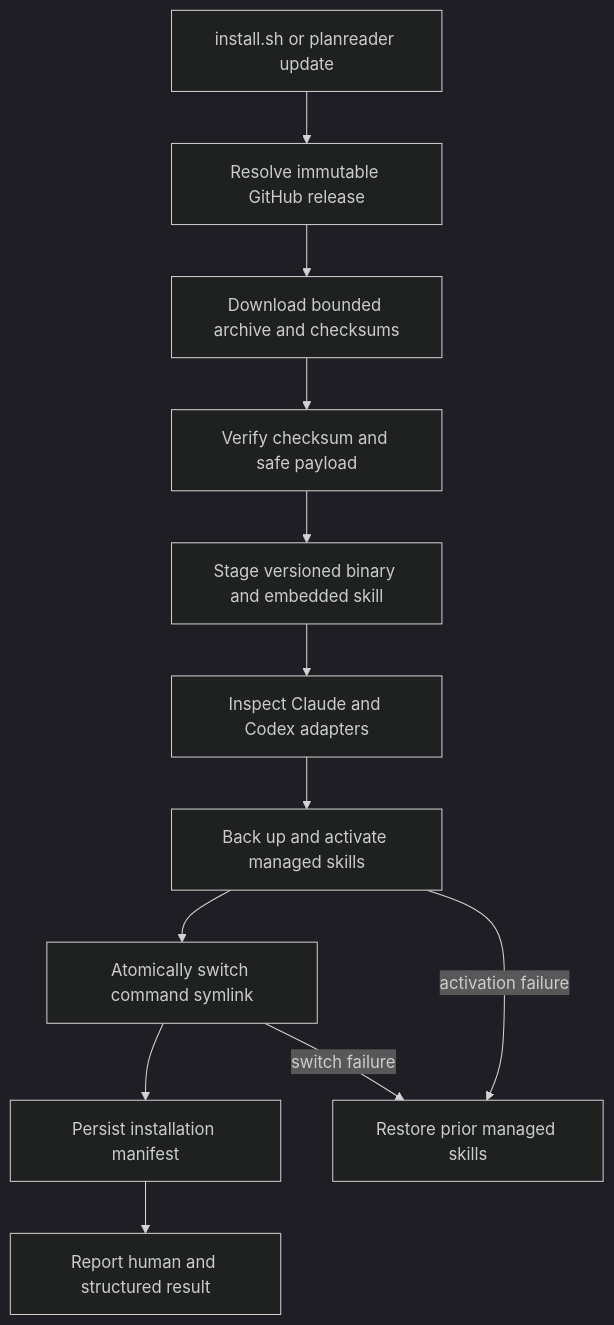
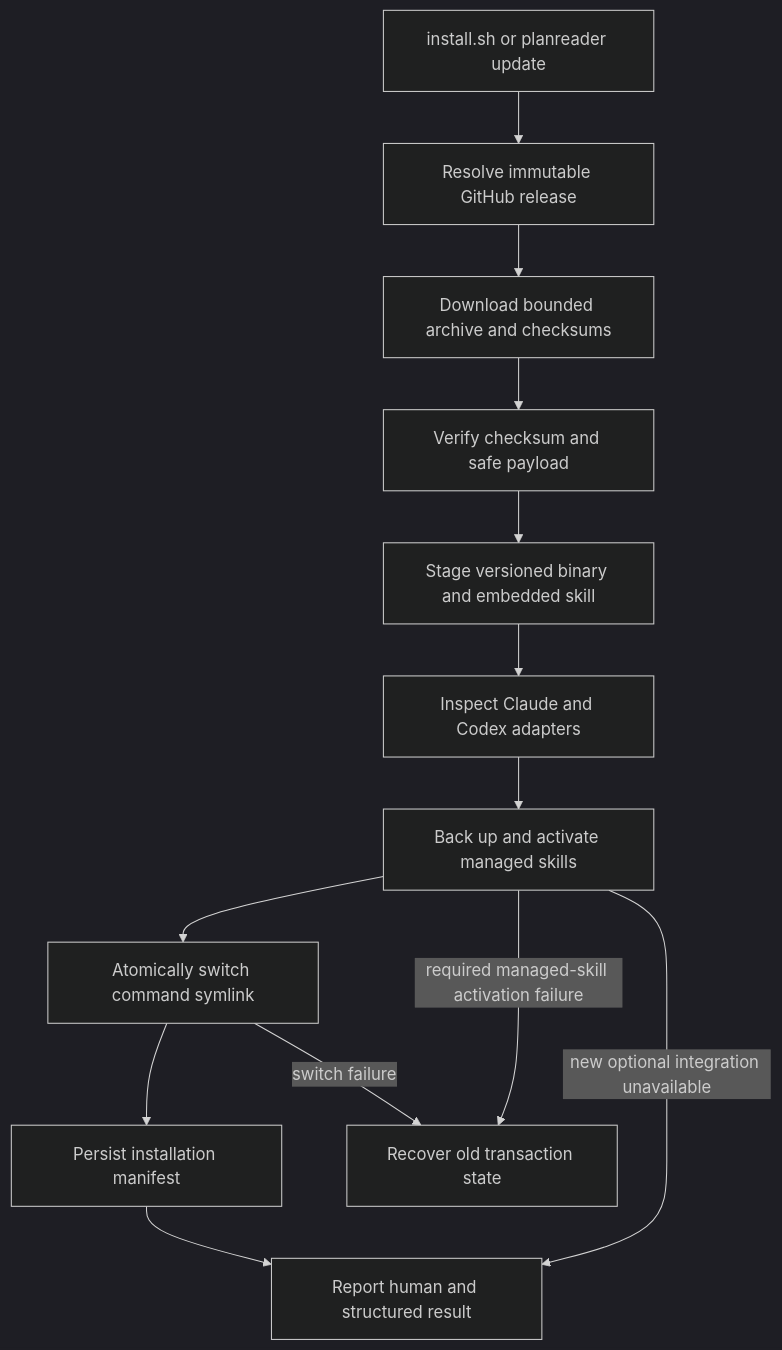
The diagram in docs/plans/2026-07-22-002-feat-guided-installation-and-updates-plan.md (taylorwiebe/planreader), drawn with Mermaid (dark theme) before and after one commit. The commit also changed other lines of this file and 37 other files, not shown here.

````diff
--- a/docs/plans/2026-07-22-002-feat-guided-installation-and-updates-plan.md
+++ b/docs/plans/2026-07-22-002-feat-guided-installation-and-updates-plan.md
@@ -200,14 +201,15 @@
 ```mermaid
 flowchart TB
   A[install.sh or planreader update] --> B[Resolve immutable GitHub release]
   B --> C[Download bounded archive and checksums]
   C --> D[Verify checksum and safe payload]
   D --> E[Stage versioned binary and embedded skill]
   E --> F[Inspect Claude and Codex adapters]
   F --> G[Back up and activate managed skills]
   G --> H[Atomically switch command symlink]
   H --> I[Persist installation manifest]
   I --> J[Report human and structured result]
-  G -->|activation failure| K[Restore prior managed skills]
+  G -->|required managed-skill activation failure| K[Recover old transaction state]
+  G -->|new optional integration unavailable| J
   H -->|switch failure| K
 ```
````
